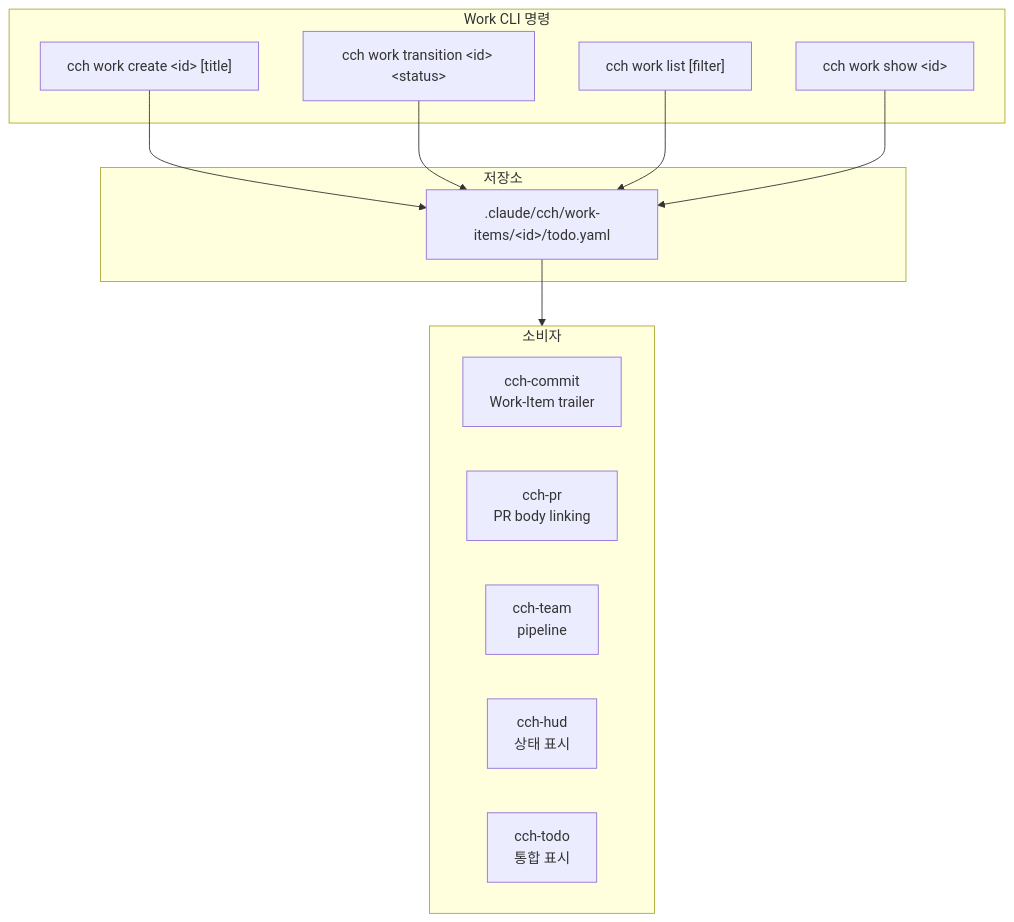
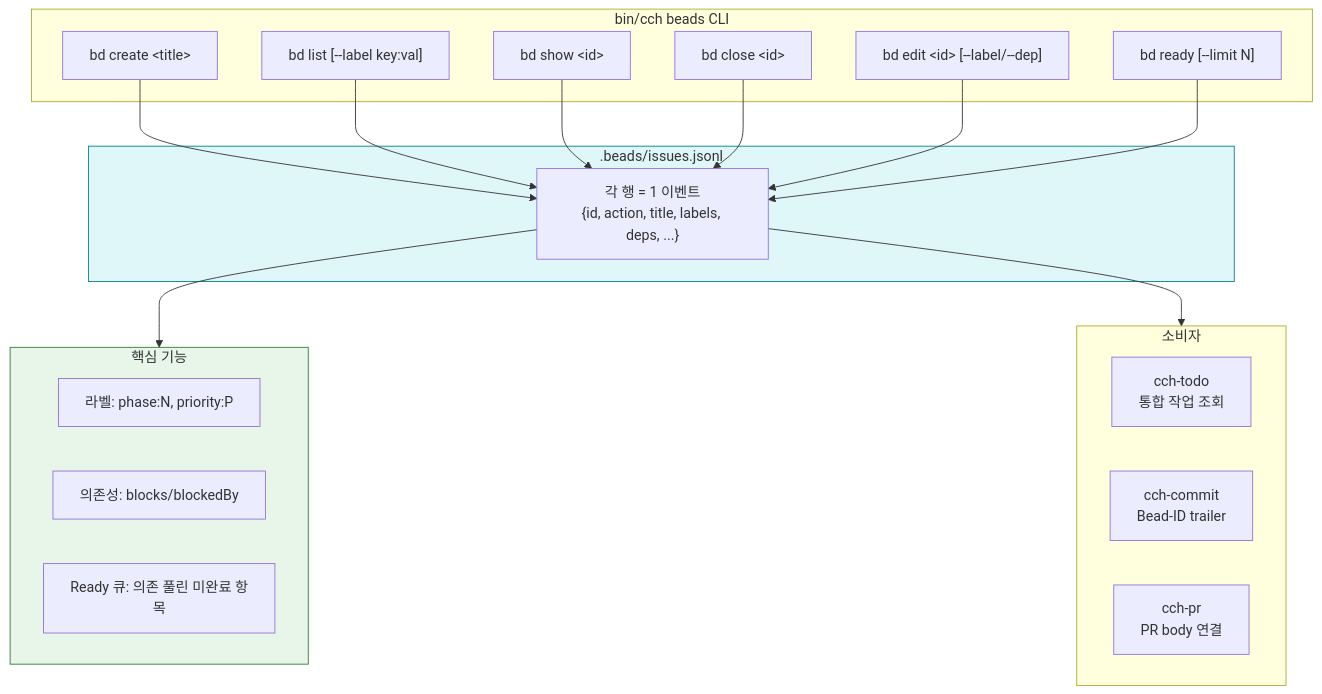
Before and after one commit to skdkfk8758/claude-code-harness: the seventh of 12 diagrams in docs/diagrams/cch-workflows.md, drawn with Mermaid. The commit also changed other lines of this file and 34 other files, not shown here.

````diff
--- a/docs/diagrams/cch-workflows.md
+++ b/docs/diagrams/cch-workflows.md
@@ -401,27 +288,40 @@
 ```mermaid
 flowchart TD
-    subgraph Commands["Work CLI 명령"]
-        CREATE["cch work create &lt;id&gt; [title]"]
-        TRANS["cch work transition &lt;id&gt; &lt;status&gt;"]
-        LIST["cch work list [filter]"]
-        SHOW["cch work show &lt;id&gt;"]
+    subgraph BeadsCLI["bin/cch beads CLI"]
+        CREATE["bd create &lt;title&gt;"]
+        LIST["bd list [--label key:val]"]
+        SHOW["bd show &lt;id&gt;"]
+        CLOSE["bd close &lt;id&gt;"]
+        EDIT["bd edit &lt;id&gt; [--label/--dep]"]
+        READY["bd ready [--limit N]"]
     end
 
-    subgraph Storage["저장소"]
-        YAML[".claude/cch/work-items/&lt;id&gt;/todo.yaml"]
+    subgraph Storage[".beads/issues.jsonl"]
+        JSONL["각 행 = 1 이벤트<br/>{id, action, title, labels, deps, ...}"]
+    end
+
+    subgraph Features["핵심 기능"]
+        LABELS["라벨: phase:N, priority:P"]
+        DEPS["의존성: blocks/blockedBy"]
+        READY_Q["Ready 큐: 의존 풀린 미완료 항목"]
     end
 
     subgraph Consumers["소비자"]
-        COMMIT["cch-commit<br/>Work-Item trailer"]
-        PR["cch-pr<br/>PR body linking"]
-        TEAM["cch-team<br/>pipeline"]
-        HUD_W["cch-hud<br/>상태 표시"]
-        TODO_W["cch-todo<br/>통합 표시"]
+        TODO["cch-todo<br/>통합 작업 조회"]
+        COMMIT["cch-commit<br/>Bead-ID trailer"]
+        PR["cch-pr<br/>PR body 연결"]
     end
 
-    CREATE --> YAML
-    TRANS --> YAML
-    LIST --> YAML
-    SHOW --> YAML
-    YAML --> Consumers
+    CREATE --> JSONL
+    LIST --> JSONL
+    SHOW --> JSONL
+    CLOSE --> JSONL
+    EDIT --> JSONL
+    READY --> JSONL
+
+    JSONL --> Features
+    JSONL --> Consumers
+
+    style Storage fill:#E0F7FA,stroke:#00838F
+    style Features fill:#E8F5E9,stroke:#2E7D32
 ```
````
